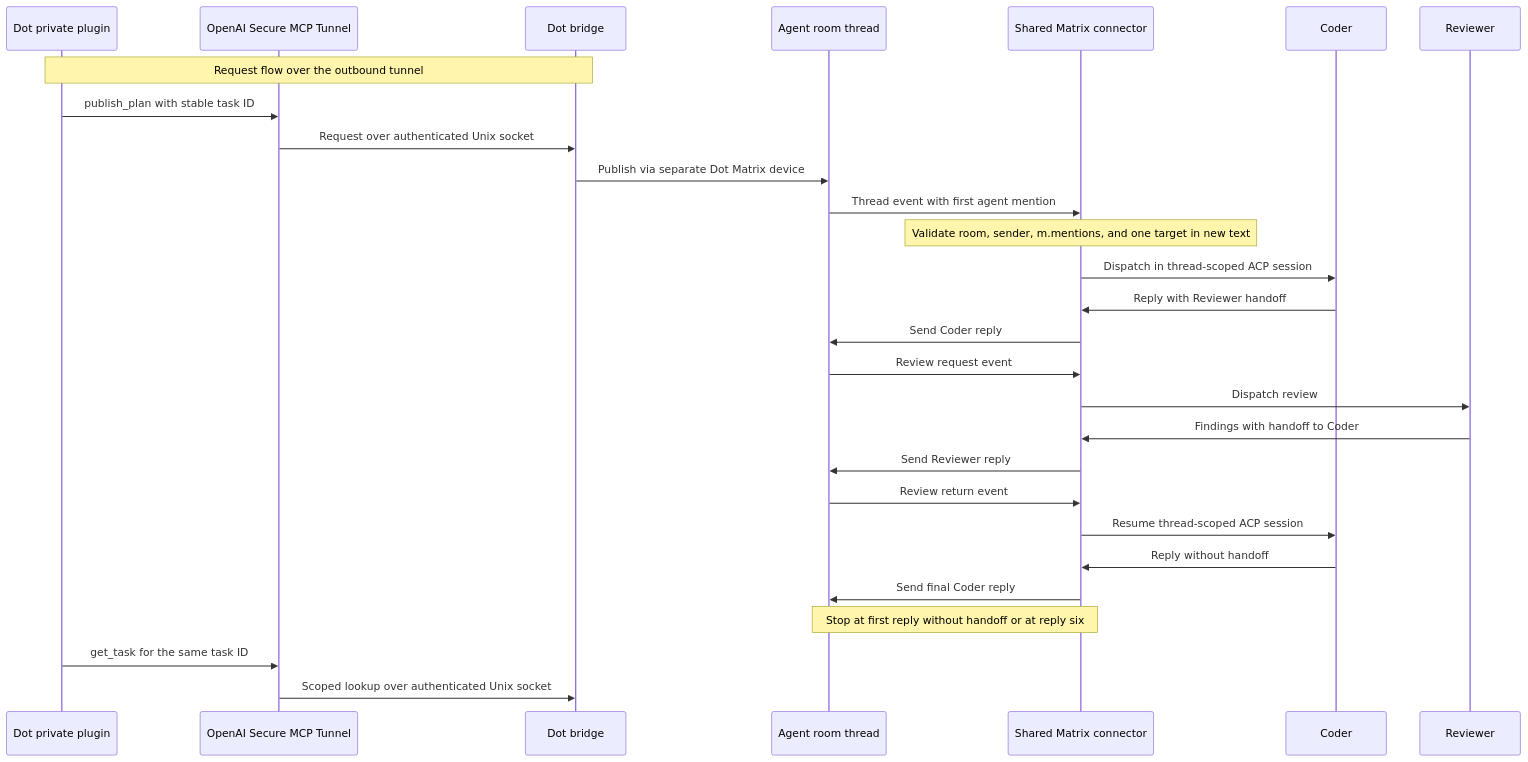
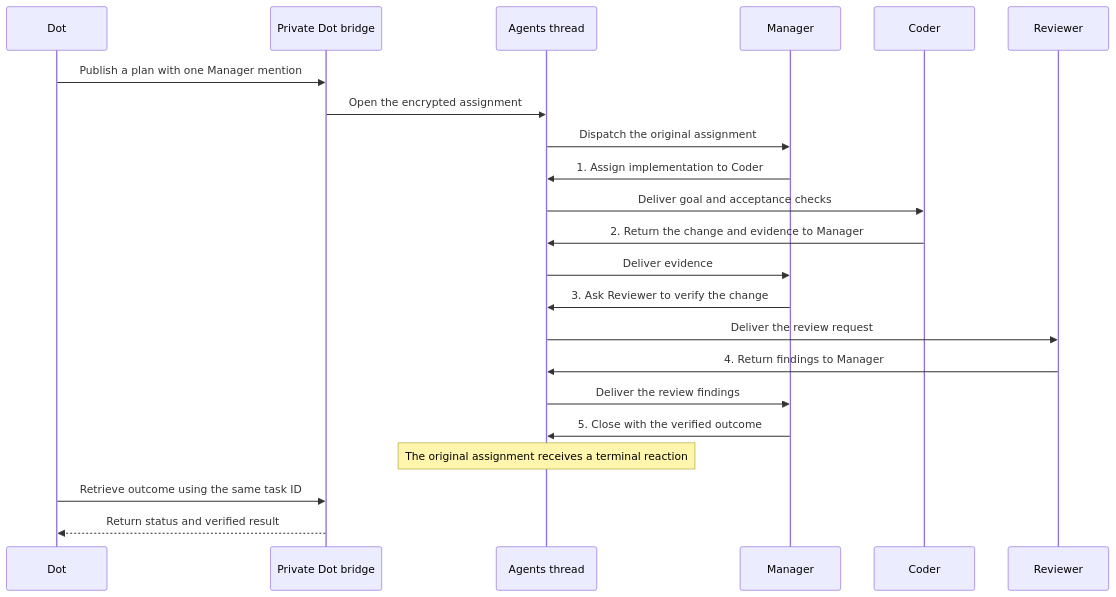
One commit to Brotherhood94/always-on-constellation-matrix changed the second of 2 diagrams in docs/architecture.md. Above: the diagram before and after it, drawn with Mermaid. The commit also changed other lines of this file and 3 other files, not shown here.

Commit message:
Update Matrix VPS architecture and deployment runbook

````diff
--- a/docs/architecture.md
+++ b/docs/architecture.md
@@ -32,30 +53,24 @@
 ```mermaid
 sequenceDiagram
-    participant Dot as Dot private plugin
-    participant Tunnel as OpenAI Secure MCP Tunnel
-    participant Bridge as Dot bridge
-    participant Room as Agent room thread
-    participant Router as Shared Matrix connector
+    participant Dot
+    participant Bridge as Private Dot bridge
+    participant Room as Agents thread
+    participant Manager
     participant Coder
     participant Reviewer
-    Note over Dot,Bridge: Request flow over the outbound tunnel
-    Dot->>Tunnel: publish_plan with stable task ID
-    Tunnel->>Bridge: Request over authenticated Unix socket
-    Bridge->>Room: Publish via separate Dot Matrix device
-    Room->>Router: Thread event with first agent mention
-    Note over Router: Validate room, sender, m.mentions, and one target in new text
-    Router->>Coder: Dispatch in thread-scoped ACP session
-    Coder->>Router: Reply with Reviewer handoff
-    Router->>Room: Send Coder reply
-    Room->>Router: Review request event
-    Router->>Reviewer: Dispatch review
-    Reviewer->>Router: Findings with handoff to Coder
-    Router->>Room: Send Reviewer reply
-    Room->>Router: Review return event
-    Router->>Coder: Resume thread-scoped ACP session
-    Coder->>Router: Reply without handoff
-    Router->>Room: Send final Coder reply
-    Note over Room,Router: Stop at first reply without handoff or at reply six
-    Dot->>Tunnel: get_task for the same task ID
-    Tunnel->>Bridge: Scoped lookup over authenticated Unix socket
+    Dot->>Bridge: Publish a plan with one Manager mention
+    Bridge->>Room: Open the encrypted assignment
+    Room->>Manager: Dispatch the original assignment
+    Manager->>Room: 1. Assign implementation to Coder
+    Room->>Coder: Deliver goal and acceptance checks
+    Coder->>Room: 2. Return the change and evidence to Manager
+    Room->>Manager: Deliver evidence
+    Manager->>Room: 3. Ask Reviewer to verify the change
+    Room->>Reviewer: Deliver the review request
+    Reviewer->>Room: 4. Return findings to Manager
+    Room->>Manager: Deliver the review findings
+    Manager->>Room: 5. Close with the verified outcome
+    Note over Room: The original assignment receives a terminal reaction
+    Dot->>Bridge: Retrieve outcome using the same task ID
+    Bridge-->>Dot: Return status and verified result
 ```
````
